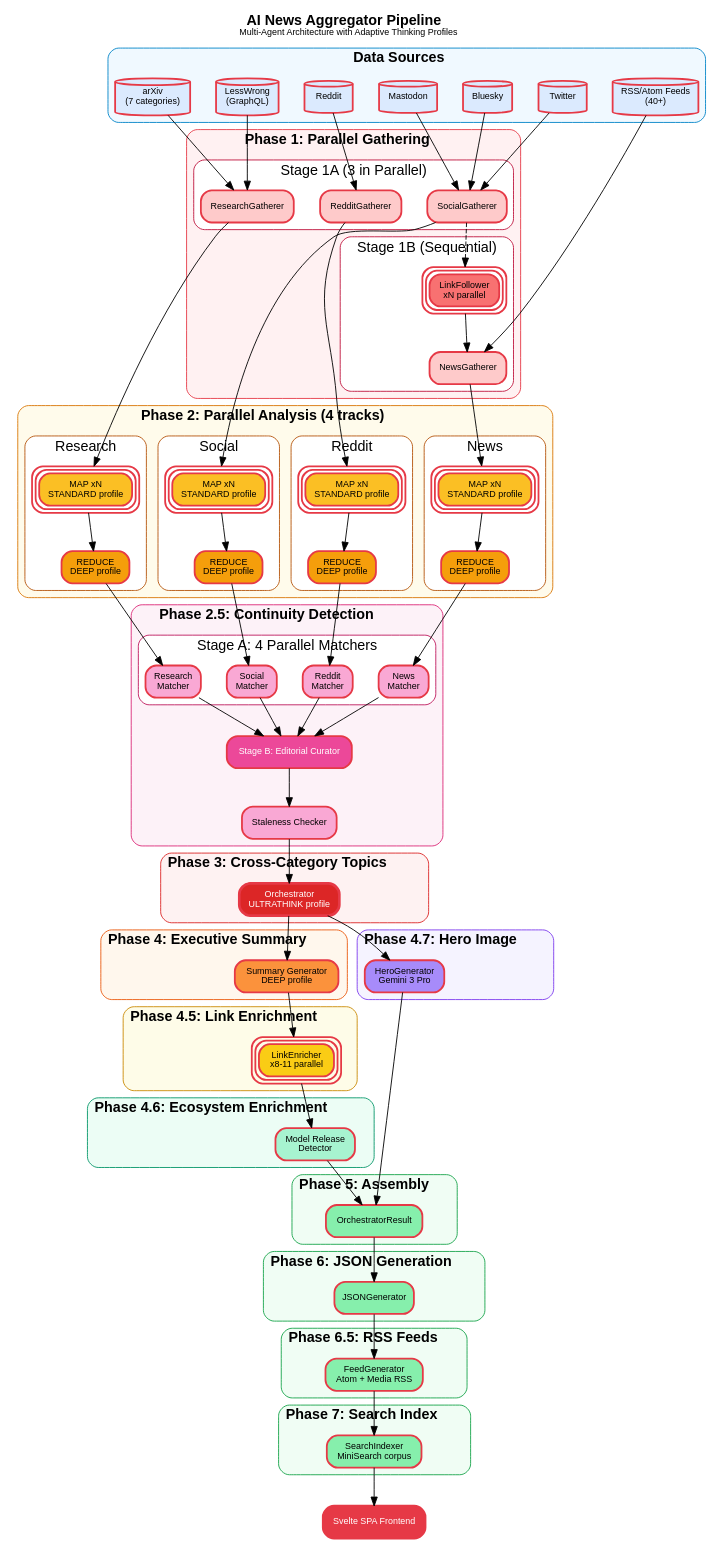
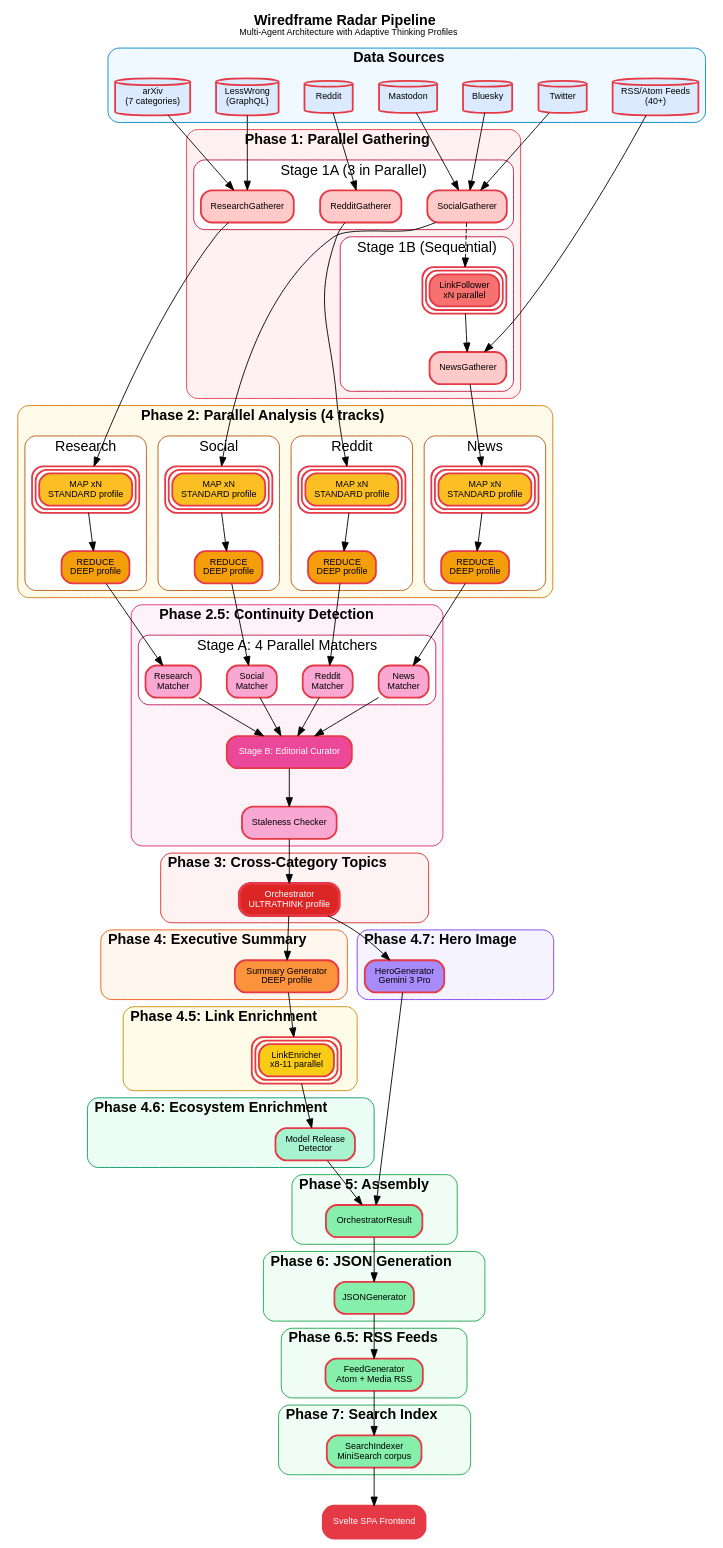
The diagram in assets/pipeline.dot (BlockFrame/AI-Observatory), drawn with Graphviz before and after one commit. The commit also changed 470 other files, not shown here.

Commit message:
feat: rebrand as Wiredframe Radar and improve SEO

```diff
--- a/assets/pipeline.dot
+++ b/assets/pipeline.dot
@@ -13,7 +13,7 @@
 
     // Title
     labelloc="t";
-    label=<<B>AI News Aggregator Pipeline</B><BR/><FONT POINT-SIZE="10">Multi-Agent Architecture with Adaptive Thinking Profiles</FONT>>;
+    label=<<B>Wiredframe Radar Pipeline</B><BR/><FONT POINT-SIZE="10">Multi-Agent Architecture with Adaptive Thinking Profiles</FONT>>;
     fontsize=16;
 
     // DATA SOURCES
```
